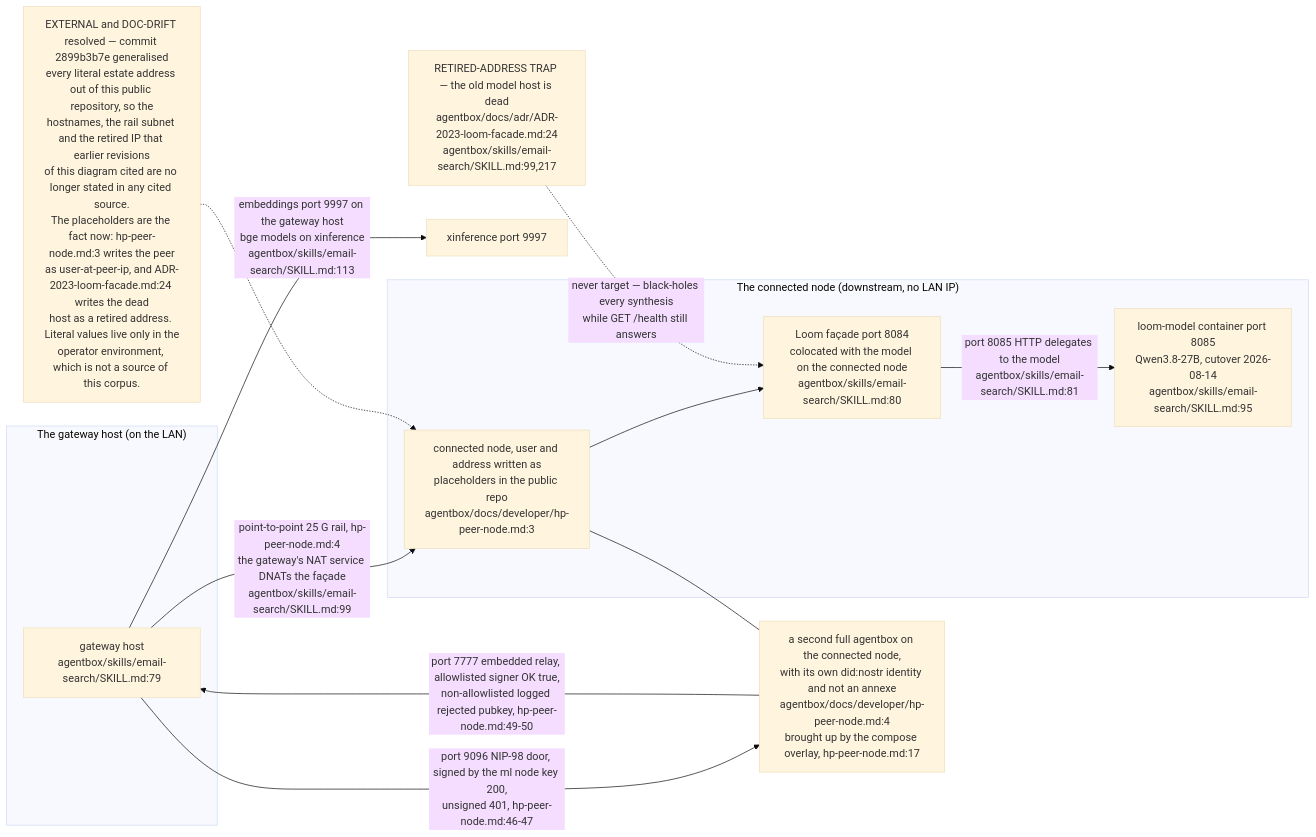
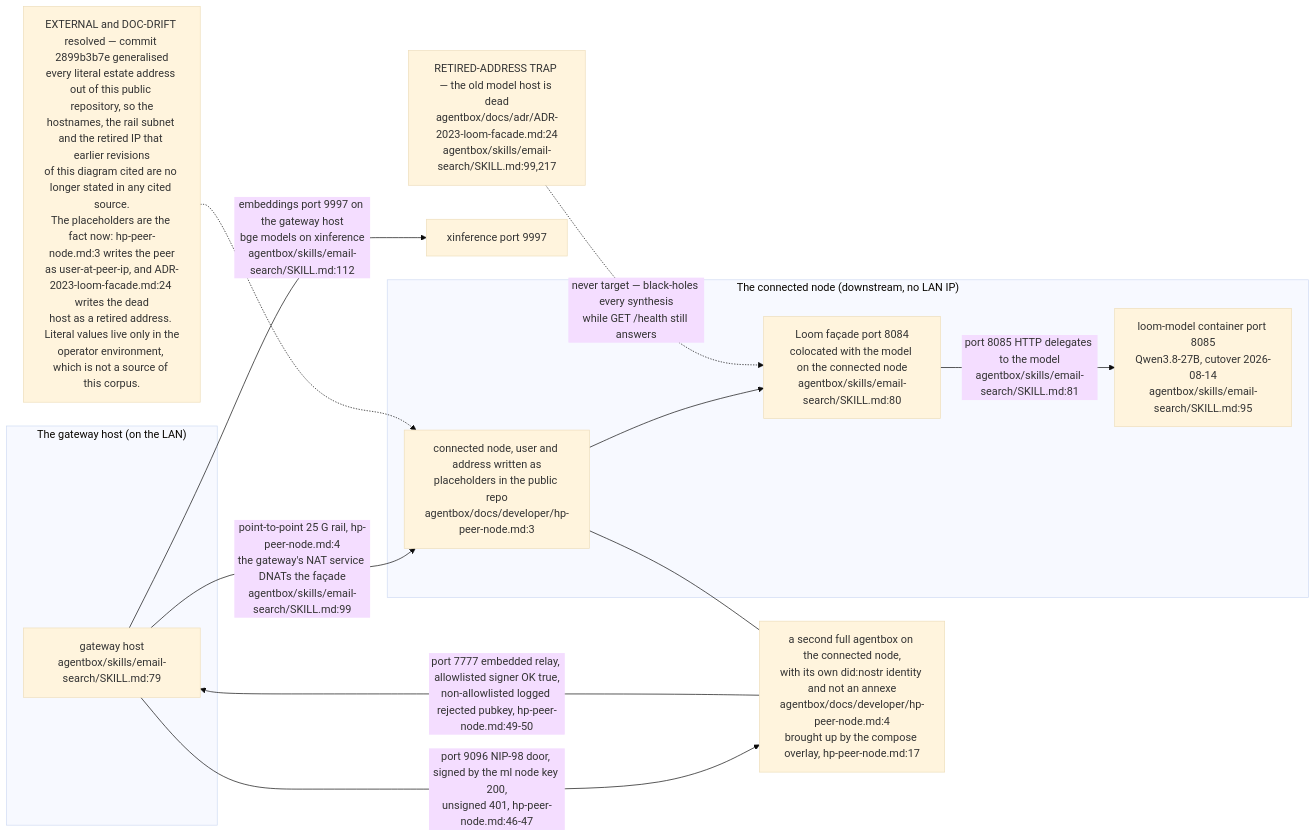
One commit to DreamLab-AI/VisionFlow changed the second of 8 diagrams in docs/diagrams/estate/01-estate-topology.md. Above: the diagram before and after it, drawn with Mermaid (base theme). The commit also changed other lines of this file and 136 other files, not shown here.

First line of the commit message:
docs(diagrams): refresh the whole corpus to code HEAD and prune low-value diagrams

````diff
--- a/docs/diagrams/estate/01-estate-topology.md
+++ b/docs/diagrams/estate/01-estate-topology.md
@@ -93,26 +93,26 @@
 ```mermaid
 flowchart LR
     subgraph ML["The gateway host (on the LAN)"]
         MLHOST["gateway host<br/>agentbox/skills/email-search/SKILL.md:79"]
     end
     subgraph HP["The connected node (downstream, no LAN IP)"]
         HPHOST["connected node, user and address written as<br/>placeholders in the public repo<br/>agentbox/docs/developer/hp-peer-node.md:3"]
         LOOMFACADE["Loom façade port 8084<br/>colocated with the model on the connected node<br/>agentbox/skills/email-search/SKILL.md:80"]
         LOOMMODEL["loom-model container port 8085<br/>Qwen3.8-27B, cutover 2026-08-14<br/>agentbox/skills/email-search/SKILL.md:95"]
     end
     MLHOST -->|"point-to-point 25 G rail, hp-peer-node.md:4<br/>the gateway's NAT service DNATs the façade<br/>agentbox/skills/email-search/SKILL.md:99"| HPHOST
     HPHOST --> LOOMFACADE
     LOOMFACADE -->|"port 8085 HTTP delegates to the model<br/>agentbox/skills/email-search/SKILL.md:81"| LOOMMODEL
-    MLHOST -->|"embeddings port 9997 on the gateway host<br/>bge models on xinference<br/>agentbox/skills/email-search/SKILL.md:113"| XINF["xinference port 9997"]
+    MLHOST -->|"embeddings port 9997 on the gateway host<br/>bge models on xinference<br/>agentbox/skills/email-search/SKILL.md:112"| XINF["xinference port 9997"]
 
     DEAD["RETIRED-ADDRESS TRAP — the old model host is dead<br/>agentbox/docs/adr/ADR-2023-loom-facade.md:24<br/>agentbox/skills/email-search/SKILL.md:99,217"]
     DEAD -.->|"never target — black-holes every synthesis<br/>while GET /health still answers"| LOOMFACADE
 
     MESHNODE["a second full agentbox on the connected node,<br/>with its own did:nostr identity and not an annexe<br/>agentbox/docs/developer/hp-peer-node.md:4<br/>brought up by the compose overlay, hp-peer-node.md:17"]
     HPHOST --- MESHNODE
     MLHOST -->|"port 9096 NIP-98 door, signed by the ml node key 200,<br/>unsigned 401, hp-peer-node.md:46-47"| MESHNODE
     MESHNODE -->|"port 7777 embedded relay, allowlisted signer OK true,<br/>non-allowlisted logged rejected pubkey, hp-peer-node.md:49-50"| MLHOST
 
     GEN["EXTERNAL and DOC-DRIFT resolved — commit 2899b3b7e generalised<br/>every literal estate address out of this public repository, so the<br/>hostnames, the rail subnet and the retired IP that earlier revisions<br/>of this diagram cited are no longer stated in any cited source.<br/>The placeholders are the fact now: hp-peer-node.md:3 writes the peer<br/>as user-at-peer-ip, and ADR-2023-loom-facade.md:24 writes the dead<br/>host as a retired address. Literal values live only in the<br/>operator environment, which is not a source of this corpus."]
     GEN -.-> HPHOST
 ```
````
